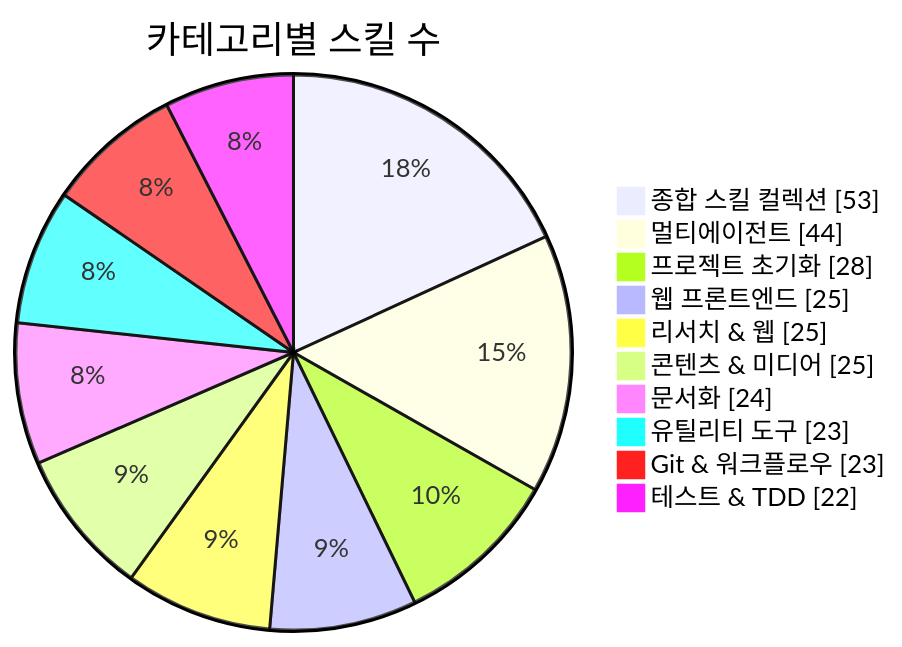
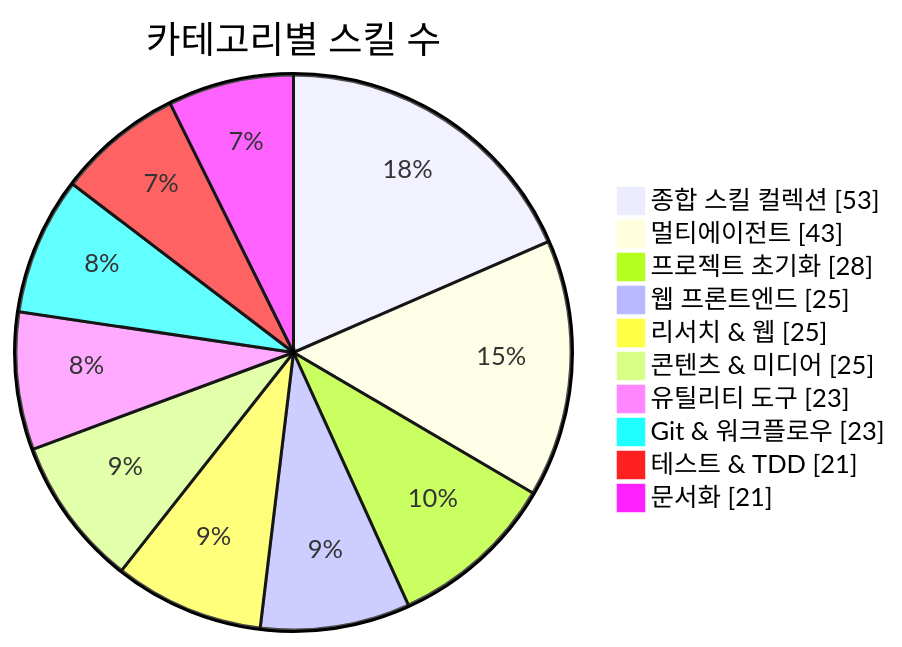
One commit to J-nowcow/awesome-korean-agent-skills changed the first of 3 diagrams in README.md. Above: the diagram before and after it, drawn with Mermaid. The commit also changed other lines of this file and 27 other files, not shown here.

````diff
--- a/README.md
+++ b/README.md
@@ -176,14 +176,14 @@
 ```mermaid
 pie showData
     title 카테고리별 스킬 수
     "종합 스킬 컬렉션" : 53
-    "멀티에이전트" : 44
+    "멀티에이전트" : 43
     "프로젝트 초기화" : 28
     "웹 프론트엔드" : 25
     "리서치 & 웹" : 25
     "콘텐츠 & 미디어" : 25
-    "문서화" : 24
     "유틸리티 도구" : 23
     "Git & 워크플로우" : 23
-    "테스트 & TDD" : 22
+    "테스트 & TDD" : 21
+    "문서화" : 21
 ```
````
